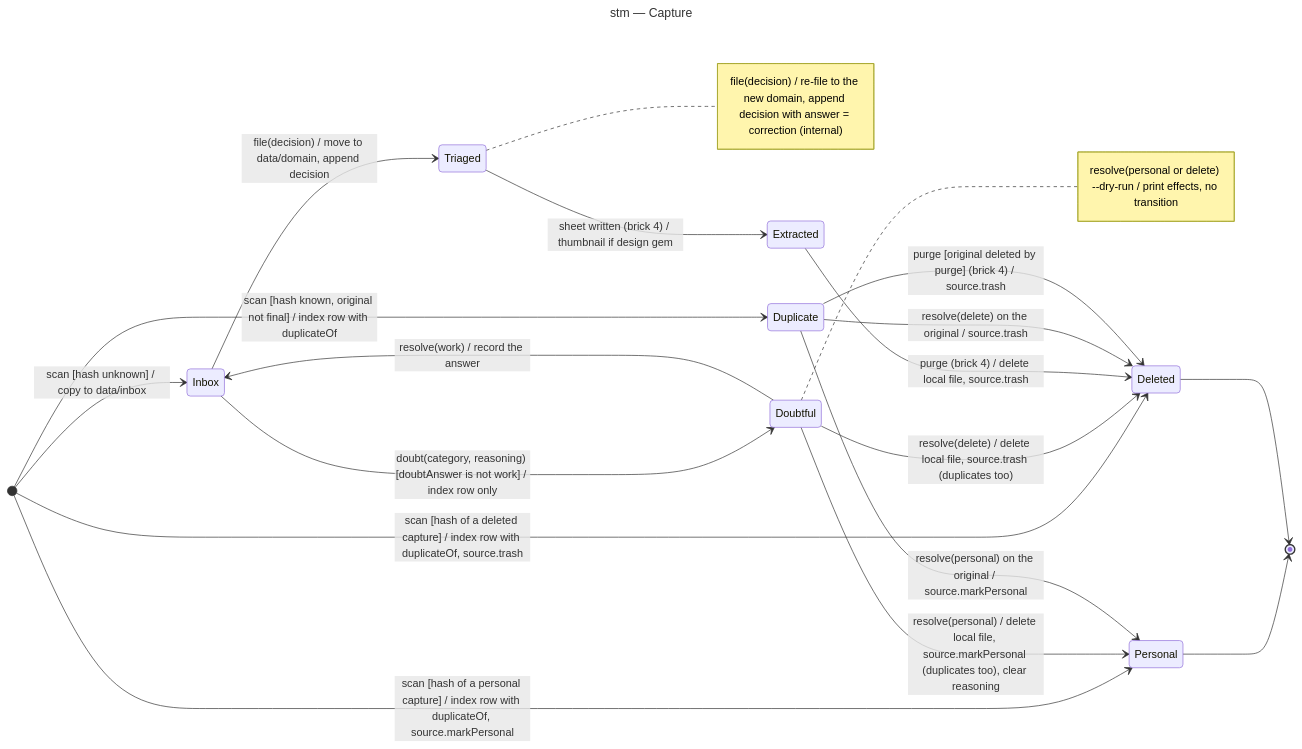
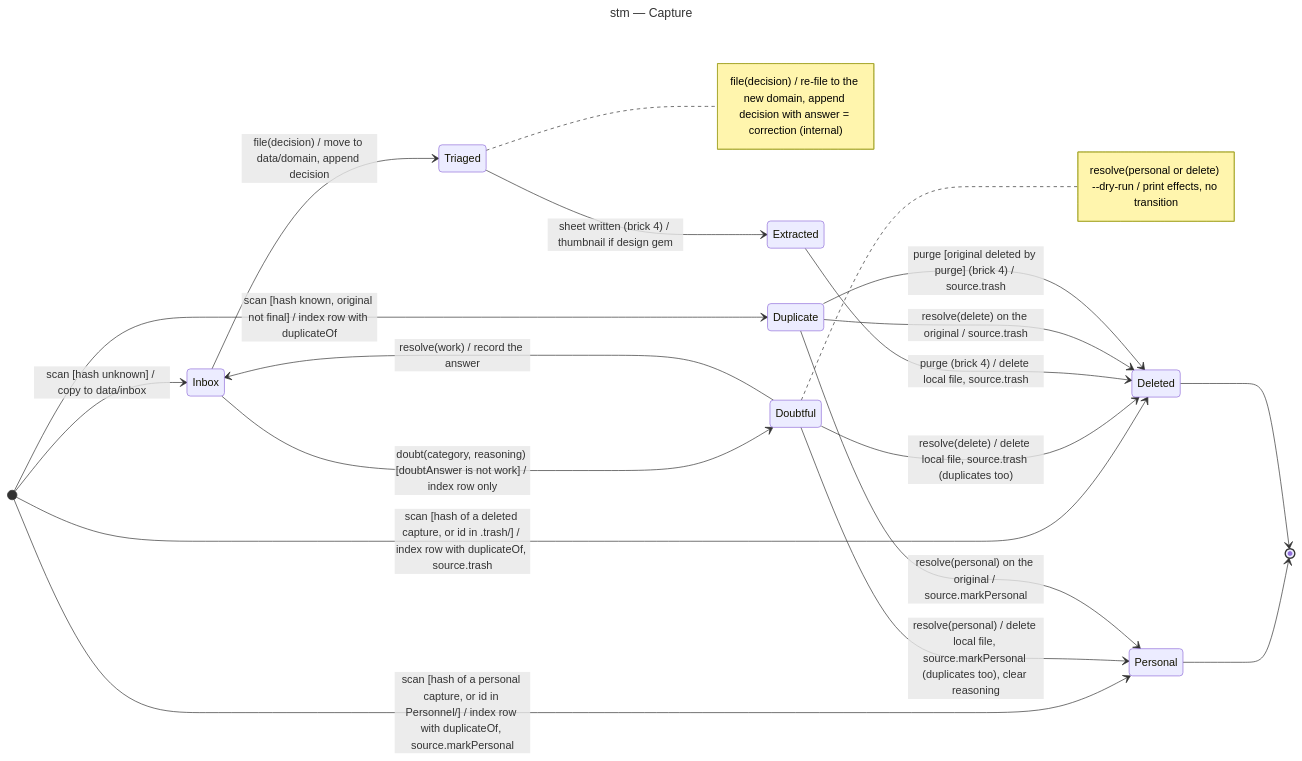
The diagram in docs/architecture/diagrams/triage/05-state-capture.md (benoit-bremaud/screenshot-triage), drawn with Mermaid before and after one commit. The commit also changed other lines of this file and 6 other files, not shown here.

First line of the commit message:
docs(triage/architecture): give scan a dry-run and a source-side guard for returning copies

````diff
--- a/docs/architecture/diagrams/triage/05-state-capture.md
+++ b/docs/architecture/diagrams/triage/05-state-capture.md
@@ -13,29 +13,29 @@
 ```mermaid
 ---
 title: stm — Capture
 ---
 stateDiagram-v2
   direction LR
   [*] --> Inbox: scan [hash unknown] / copy to data/inbox
   [*] --> Duplicate: scan [hash known, original not final] / index row with duplicateOf
-  [*] --> Personal: scan [hash of a personal capture] / index row with duplicateOf, source.markPersonal
-  [*] --> Deleted: scan [hash of a deleted capture] / index row with duplicateOf, source.trash
+  [*] --> Personal: scan [hash of a personal capture, or id in Personnel/] / index row with duplicateOf, source.markPersonal
+  [*] --> Deleted: scan [hash of a deleted capture, or id in .trash/] / index row with duplicateOf, source.trash
   Inbox --> Triaged: file(decision) / move to data/domain, append decision
   Inbox --> Doubtful: doubt(category, reasoning) [doubtAnswer is not work] / index row only
   Doubtful --> Inbox: resolve(work) / record the answer
   Doubtful --> Personal: resolve(personal) / delete local file, source.markPersonal (duplicates too), clear reasoning
   Doubtful --> Deleted: resolve(delete) / delete local file, source.trash (duplicates too)
   Triaged --> Extracted: sheet written (brick 4) / thumbnail if design gem
   Extracted --> Deleted: purge (brick 4) / delete local file, source.trash
   Duplicate --> Personal: resolve(personal) on the original / source.markPersonal
   Duplicate --> Deleted: resolve(delete) on the original / source.trash
   Duplicate --> Deleted: purge [original deleted by purge] (brick 4) / source.trash
   Personal --> [*]
   Deleted --> [*]
   note right of Triaged
     file(decision) / re-file to the new domain, append decision with answer = correction (internal)
   end note
   note right of Doubtful
     resolve(personal or delete) --dry-run / print effects, no transition
   end note
 ```
````
